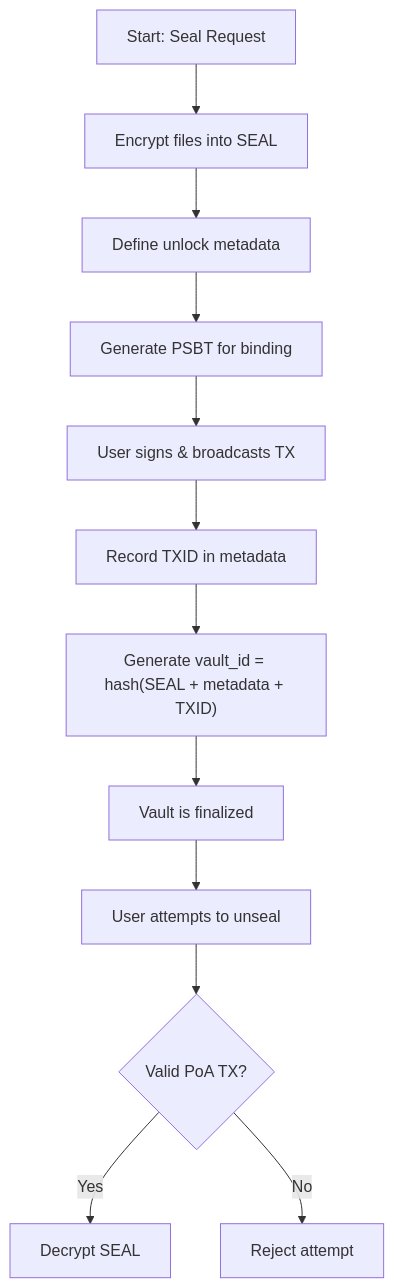
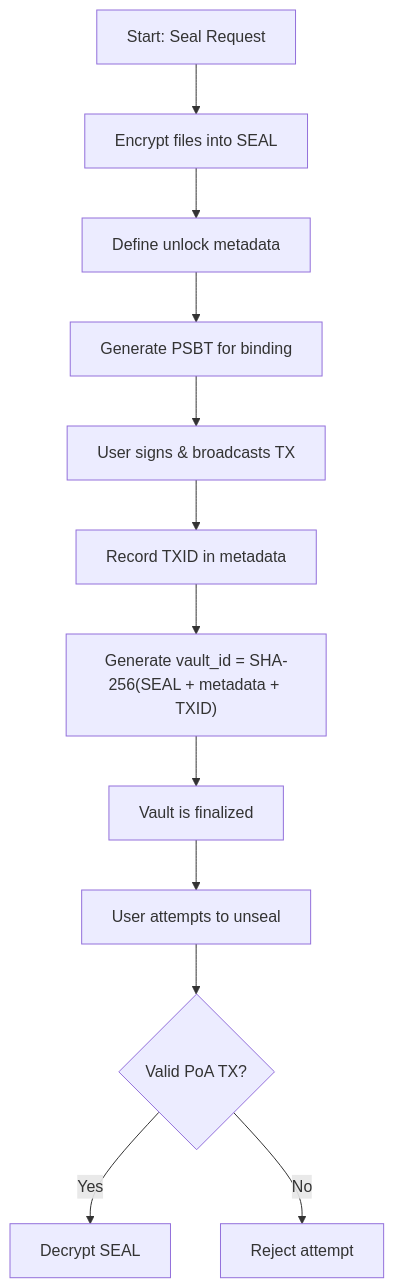
One commit to Xaxis/lock-protocol changed the first of 2 diagrams in WHITEPAPER.md. Above: the diagram before and after it, drawn with Mermaid. The commit also changed other lines of this file, not shown here.

````diff
--- a/WHITEPAPER.md
+++ b/WHITEPAPER.md
@@ -98,14 +98,14 @@
 ```mermaid
 flowchart TD
     A["Start: Seal Request"] --> B["Encrypt files into SEAL"]
     B --> C["Define unlock metadata"]
     C --> D["Generate PSBT for binding"]
     D --> E["User signs & broadcasts TX"]
     E --> F["Record TXID in metadata"]
-    F --> G["Generate vault_id = hash(SEAL + metadata + TXID)"]
+    F --> G["Generate vault_id = SHA-256(SEAL + metadata + TXID)"]
     G --> H["Vault is finalized"]
     H --> I["User attempts to unseal"]
     I --> J{"Valid PoA TX?"}
     J -- Yes --> K["Decrypt SEAL"]
     J -- No --> L["Reject attempt"]
 ```
````
